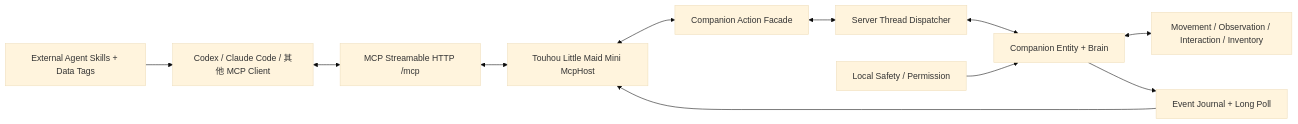
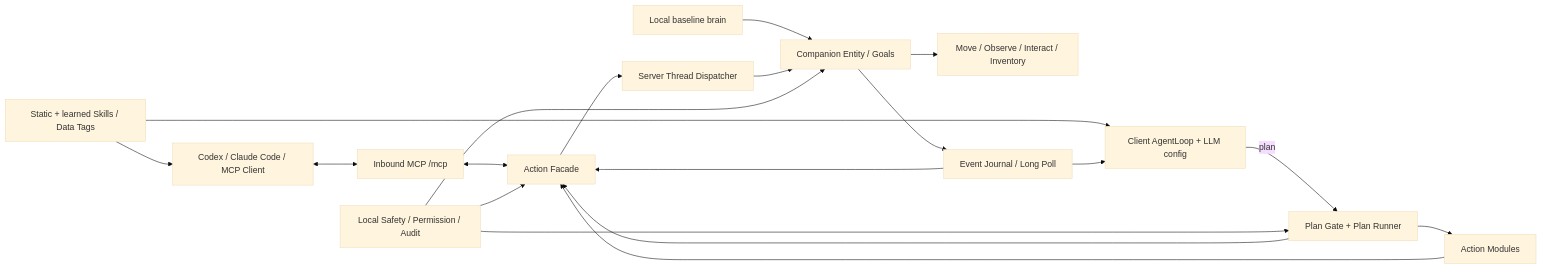
One commit to litousteven/TouhouLittleMaidMini changed the diagram in docs/01-technical-design.md. Above: the diagram before and after it, drawn with Mermaid (base theme). The commit also changed other lines of this file and 13 other files, not shown here.

````diff
--- a/docs/01-technical-design.md
+++ b/docs/01-technical-design.md
@@ -66,24 +72,35 @@
 ```mermaid
 flowchart LR
-    CLI["Codex / Claude Code / 其他 MCP Client"]
-    MCP["MCP Streamable HTTP /mcp"]
-    HOST["Touhou Little Maid Mini McpHost"]
-    ACTION["Companion Action Facade"]
+    CLI["Codex / Claude Code / MCP Client"]
+    MCP["Inbound MCP /mcp"]
+    HOST["Action Facade"]
+    CLIENT["Client AgentLoop + LLM config"]
+    PLAN["Plan Gate + Plan Runner"]
+    BASE["Local baseline brain"]
     SERVER["Server Thread Dispatcher"]
-    BODY["Companion Entity + Brain"]
-    PRIM["Movement / Observation / Interaction / Inventory"]
-    SKILL["External Agent Skills + Data Tags"]
-    EVENT["Event Journal + Long Poll"]
-    SAFE["Local Safety / Permission"]
+    BODY["Companion Entity / Goals"]
+    PRIM["Move / Observe / Interact / Inventory"]
+    MOD["Action Modules"]
+    SKILL["Static + learned Skills / Data Tags"]
+    EVENT["Event Journal / Long Poll"]
+    SAFE["Local Safety / Permission / Audit"]
 
     CLI <--> MCP
     MCP <--> HOST
-    HOST <--> ACTION
-    ACTION <--> SERVER
-    SERVER <--> BODY
-    BODY <--> PRIM
+    CLIENT -->|plan| PLAN
+    PLAN --> HOST
+    PLAN --> MOD
+    MOD --> HOST
+    HOST --> SERVER
+    BASE --> BODY
+    SERVER --> BODY
+    BODY --> PRIM
     SKILL --> CLI
+    SKILL --> CLIENT
     BODY --> EVENT
     EVENT --> HOST
+    EVENT --> CLIENT
     SAFE --> BODY
+    SAFE --> HOST
+    SAFE --> PLAN
 ```
````
